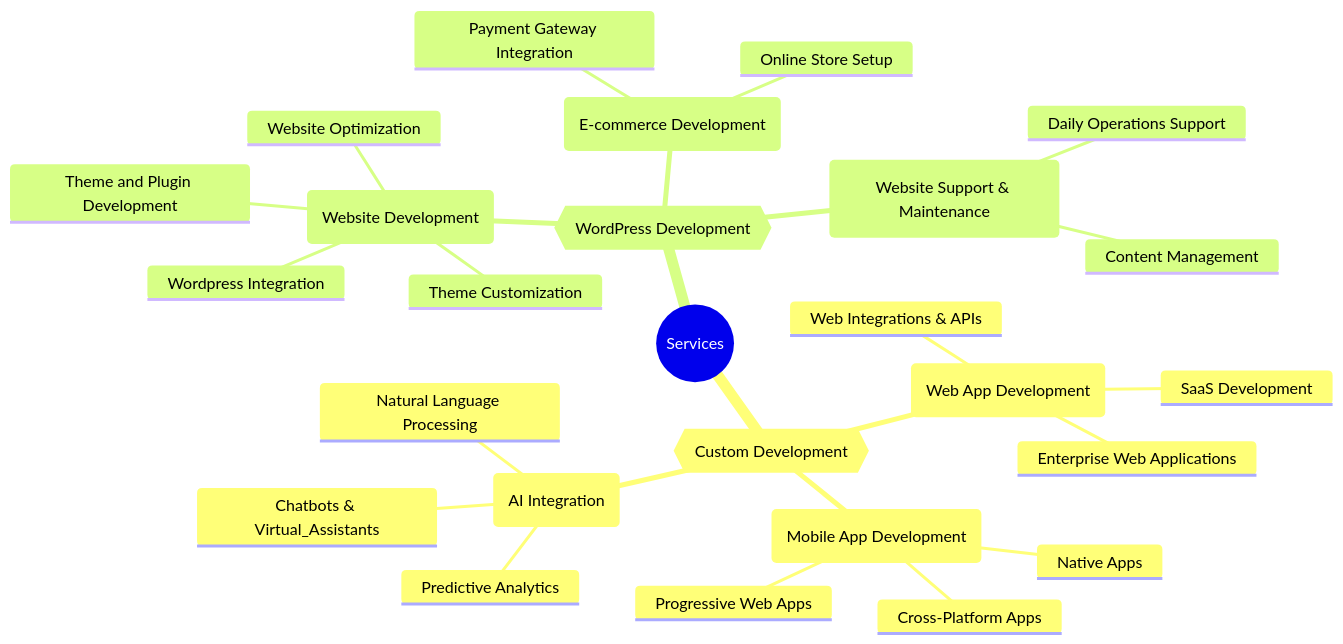
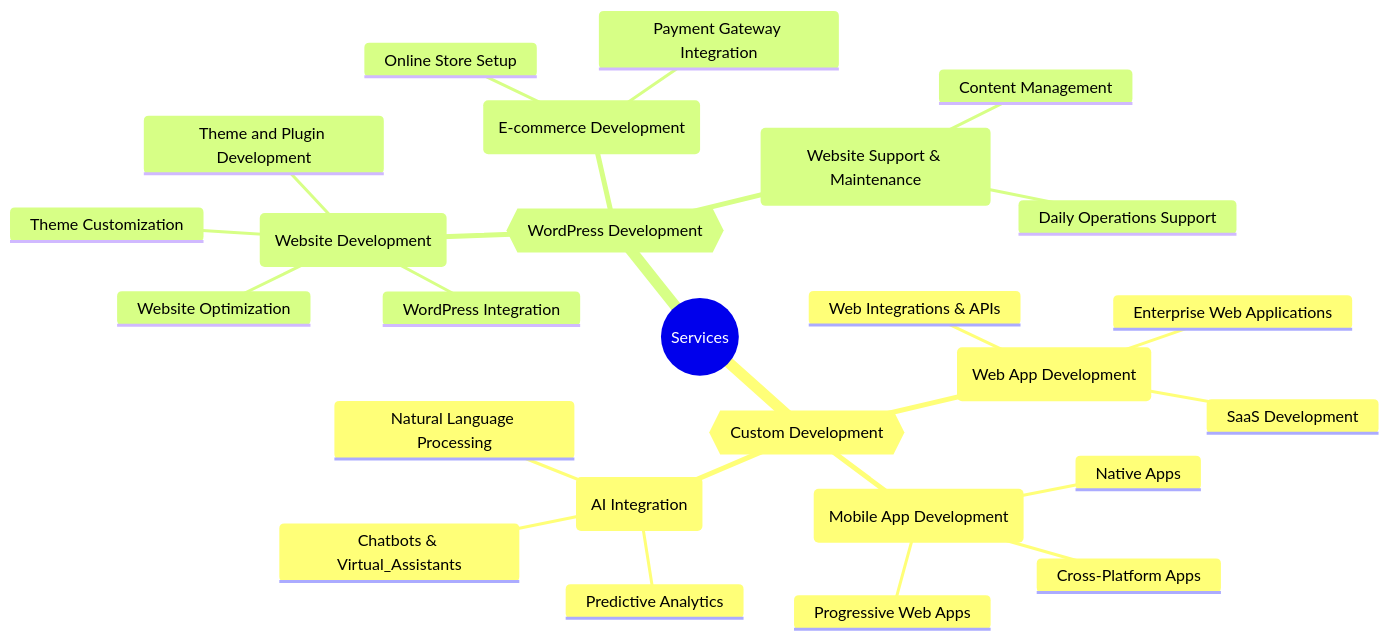
Before and after one commit to outsoarph/.github: the diagram in profile/SERVICES.md, drawn with Mermaid. The commit also changed other lines of this file, not shown here.

Commit message:
Refactor SERVICES.md mindmap for improved consistency and clarity in service descriptions

````diff
--- a/profile/SERVICES.md
+++ b/profile/SERVICES.md
@@ -3,35 +3,35 @@
 ```mermaid
 ---
 config:
   layout: tidy-tree
   themeVariables:
     fontFamily: 'Poppins, sans-serif'
 ---
 mindmap
   root((Services))
     Custom_Development{{Custom Development}}
       Web_App_Development(Web App Development)
         SaaS Development
         Enterprise Web Applications
         Web Integrations & APIs
       Mobile_App_Development(Mobile App Development)
         Cross-Platform Apps
         Native Apps
         Progressive Web Apps
       AI_Integration(AI Integration)
         Chatbots & Virtual_Assistants
         Predictive Analytics
         Natural Language Processing
     WordPress_Development{{WordPress Development}}
       Website_Development(Website Development)
         Theme Customization
         Theme and Plugin Development
         Website Optimization
-        Wordpress Integration
+        WordPress Integration
       E-commerce_Development(E-commerce Development)
         Online Store Setup
         Payment Gateway Integration
       Website_Support_&_Maintenance(Website Support & Maintenance)
         Content Management
         Daily Operations Support
 ```
````
